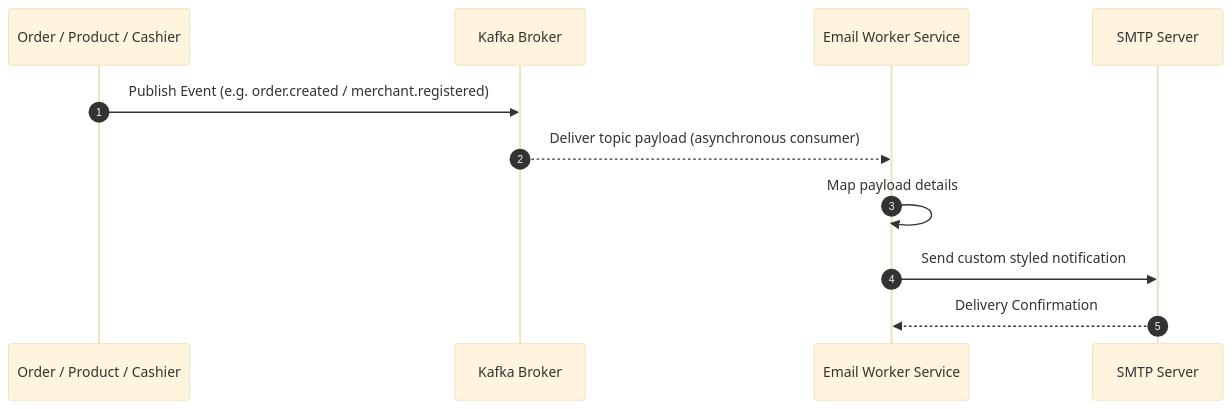
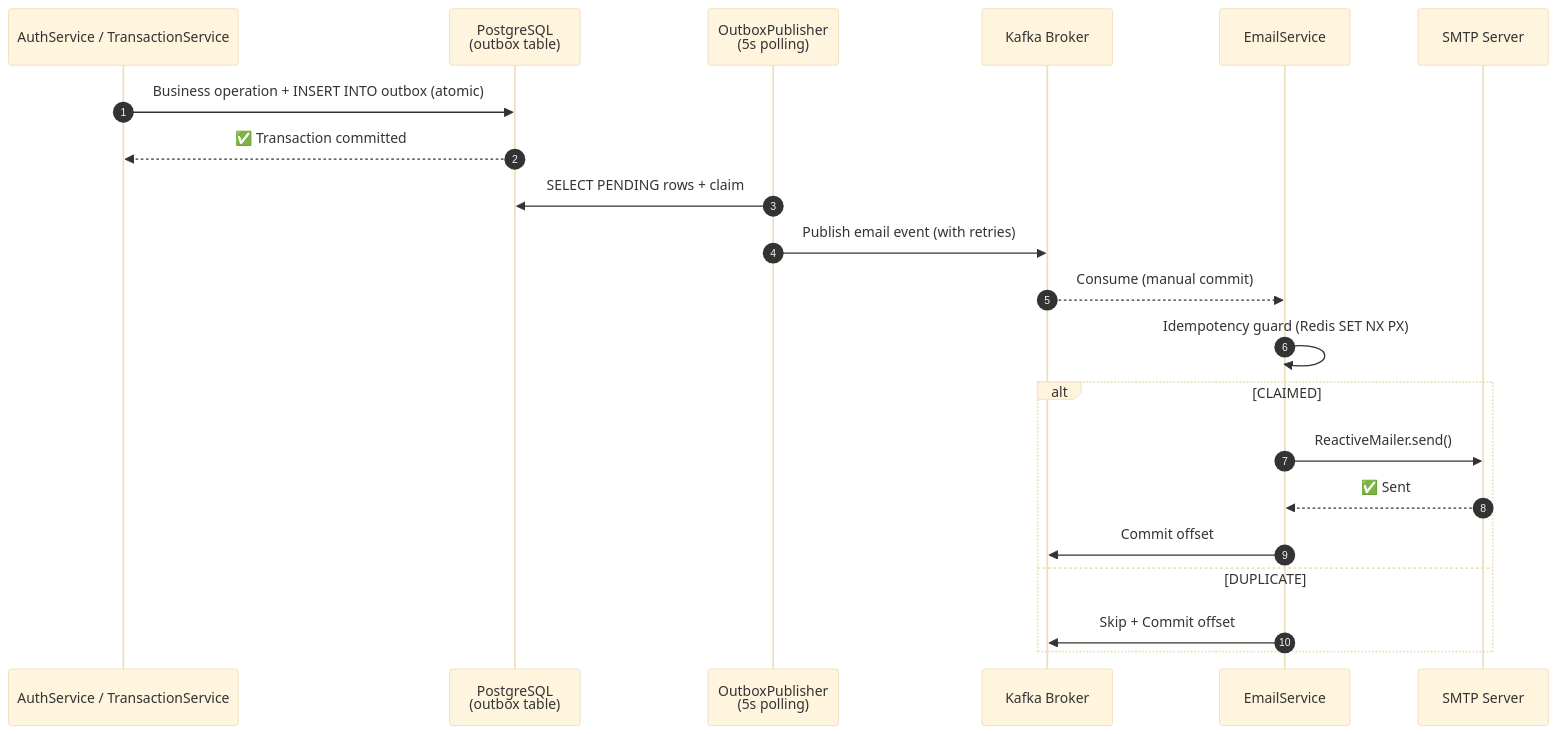
One commit to MamangRust/modular-monolith-pointofsale-quarkus changed the fifth of 10 diagrams in README.md. Above: the diagram before and after it, drawn with Mermaid (base theme). The commit also changed other lines of this file and 702 other files, not shown here.

````diff
--- a/README.md
+++ b/README.md
@@ -331,14 +374,24 @@
 ```mermaid
 sequenceDiagram
     autonumber
-    participant SVC as Order / Product / Cashier
+    participant SVC as AuthService / TransactionService
+    participant DB as PostgreSQL<br/>(outbox table)
+    participant POLLER as OutboxPublisher<br/>(5s polling)
     participant K as Kafka Broker
-    participant EMAIL as Email Worker Service
+    participant EMAIL as EmailService
     participant SMTP as SMTP Server
 
-    SVC->>K: Publish Event (e.g. order.created / merchant.registered)
-    K-->>EMAIL: Deliver topic payload (asynchronous consumer)
-    EMAIL->>EMAIL: Map payload details
-    EMAIL->>SMTP: Send custom styled notification
-    SMTP-->>EMAIL: Delivery Confirmation
+    SVC->>DB: Business operation + INSERT INTO outbox (atomic)
+    DB-->>SVC: ✅ Transaction committed
+    POLLER->>DB: SELECT PENDING rows + claim
+    POLLER->>K: Publish email event (with retries)
+    K-->>EMAIL: Consume (manual commit)
+    EMAIL->>EMAIL: Idempotency guard (Redis SET NX PX)
+    alt CLAIMED
+        EMAIL->>SMTP: ReactiveMailer.send()
+        SMTP-->>EMAIL: ✅ Sent
+        EMAIL->>K: Commit offset
+    else DUPLICATE
+        EMAIL->>K: Skip + Commit offset
+    end
 ```
````
